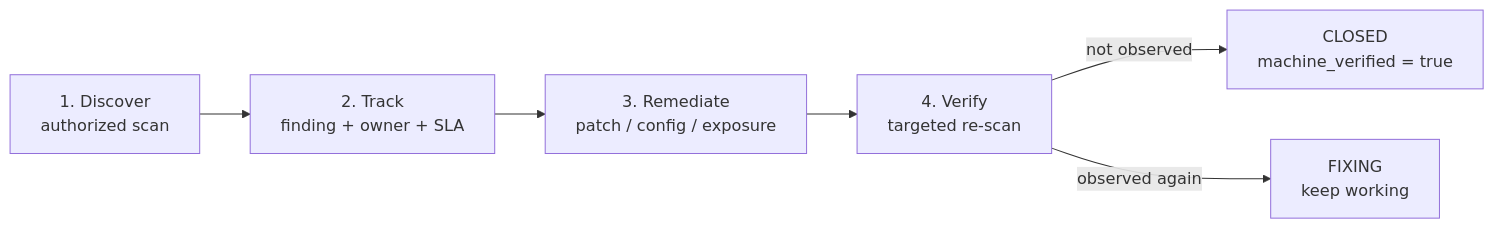
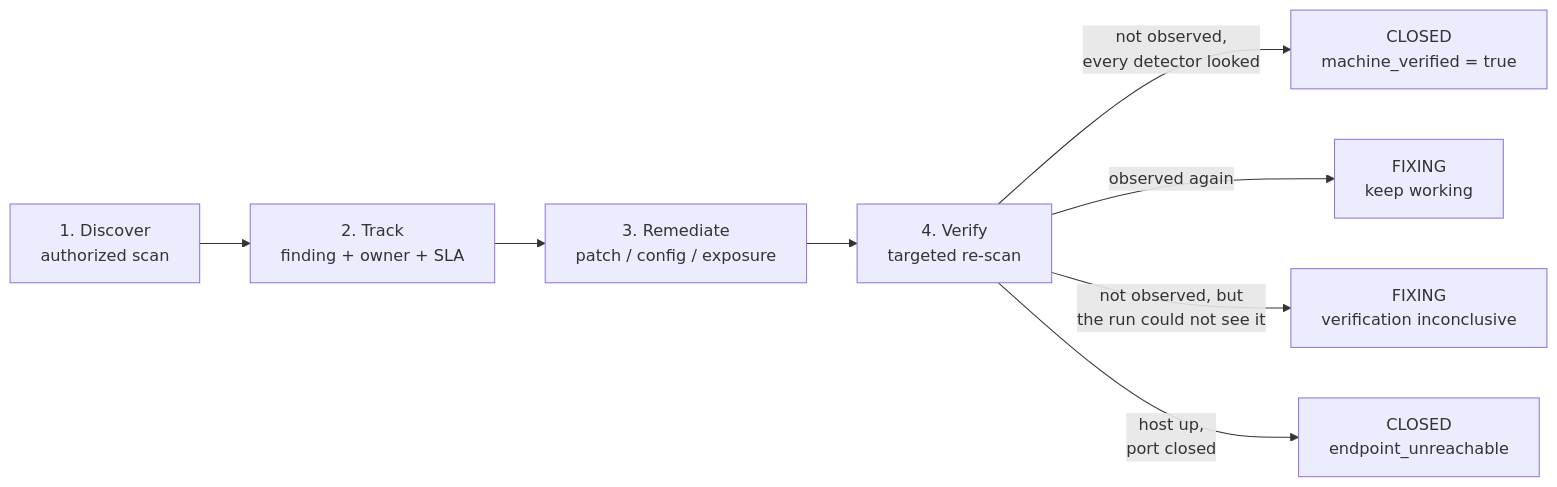
The first of 3 diagrams in README.md (onixus/Shapoclyack), drawn with Mermaid before and after one commit. The commit also changed other lines of this file and 5 other files, not shown here.

````diff
--- a/README.md
+++ b/README.md
@@ -17,8 +17,10 @@
 ```mermaid
 flowchart LR
     A["1. Discover<br/>authorized scan"] --> B["2. Track<br/>finding + owner + SLA"]
     B --> C["3. Remediate<br/>patch / config / exposure"]
     C --> D["4. Verify<br/>targeted re-scan"]
-    D -->|not observed| E["CLOSED<br/>machine_verified = true"]
+    D -->|not observed,<br/>every detector looked| E["CLOSED<br/>machine_verified = true"]
     D -->|observed again| F["FIXING<br/>keep working"]
+    D -->|not observed, but<br/>the run could not see it| G["FIXING<br/>verification inconclusive"]
+    D -->|host up,<br/>port closed| H["CLOSED<br/>endpoint_unreachable"]
 ```
````
